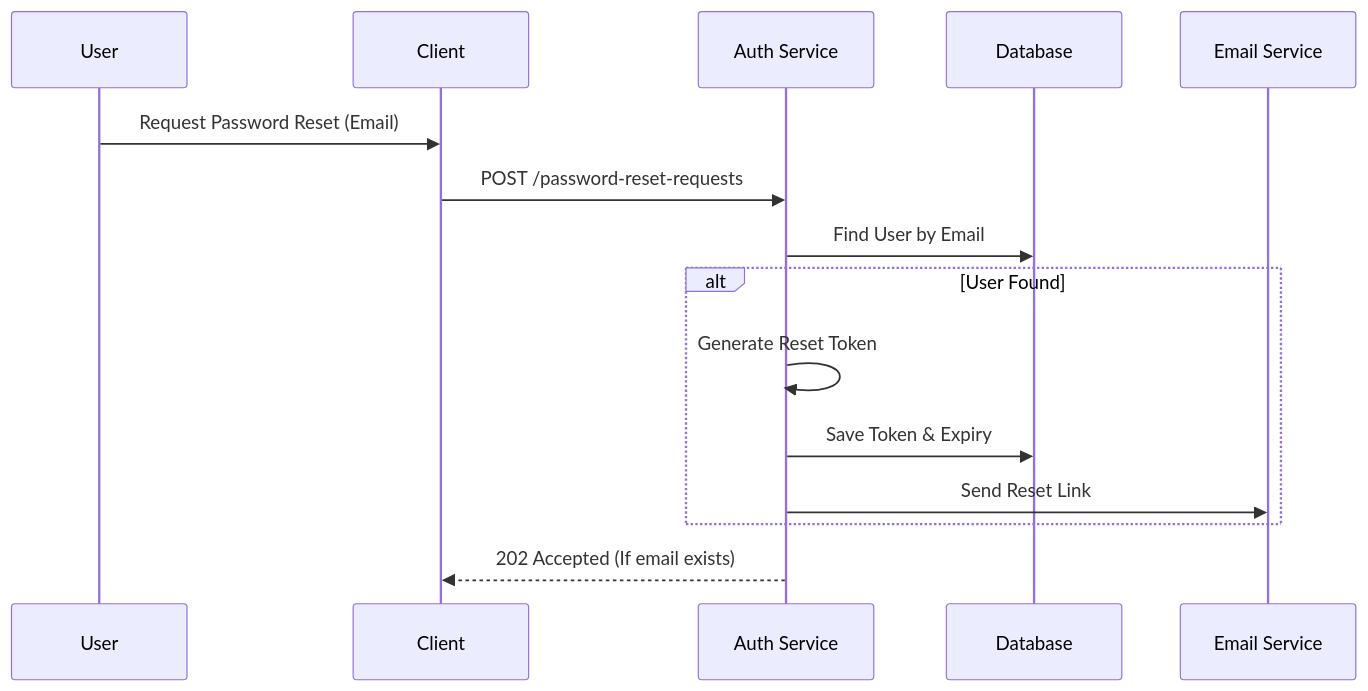
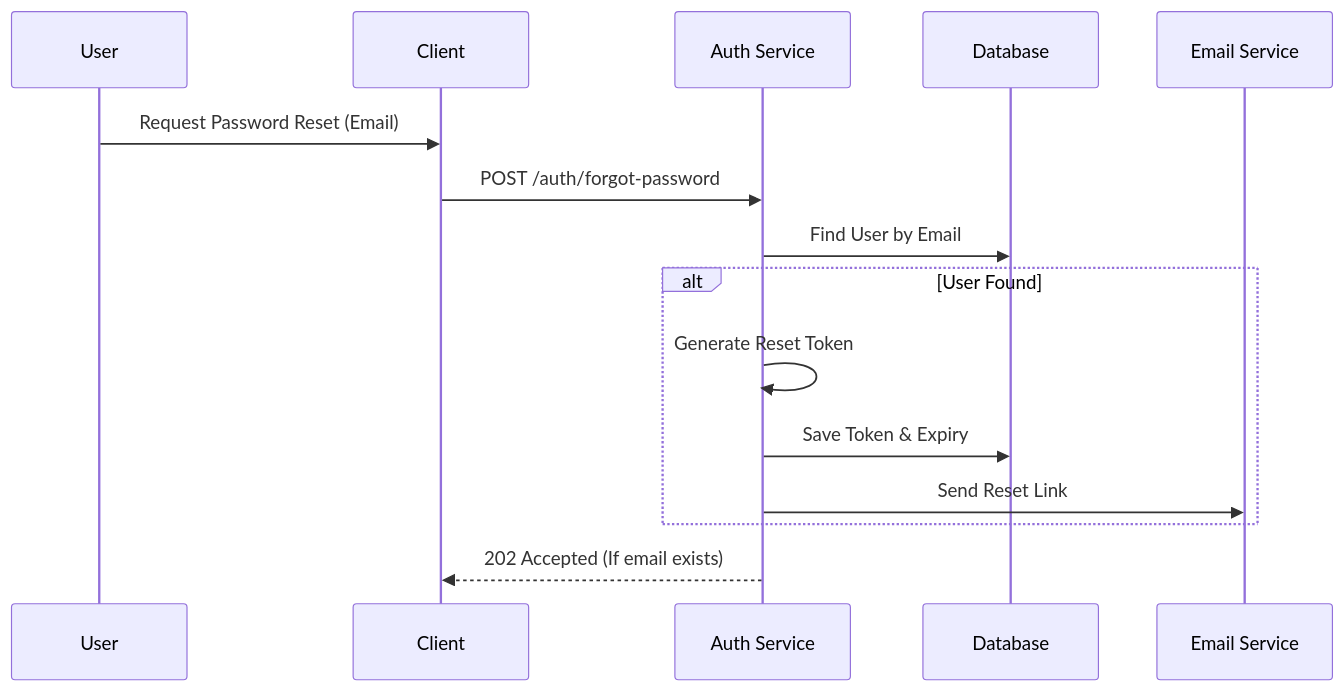
Before and after one commit to vheins/vibe-coding-template: the third of 3 diagrams in .agent/modules/iam-security/authentication.md, drawn with Mermaid. The commit also changed 2 other files, not shown here.

Commit message:
docs: unify auth endpoints and finalize testing docs
- Rename password reset endpoints to `/auth/forgot-password` and `/auth/reset-password`.
- Update API spec, Module spec, and Testing docs to reflect these changes.
- Ensure all Authentication endpoints are grouped under `/auth/`.
- Finalize testing documentation structure.

````diff
--- a/.agent/modules/iam-security/authentication.md
+++ b/.agent/modules/iam-security/authentication.md
@@ -113,18 +113,18 @@
 ```mermaid
 sequenceDiagram
     participant User
     participant Client
     participant API as Auth Service
     participant DB as Database
     participant Email as Email Service
 
     User->>Client: Request Password Reset (Email)
-    Client->>API: POST /password-reset-requests
+    Client->>API: POST /auth/forgot-password
     API->>DB: Find User by Email
     alt User Found
         API->>API: Generate Reset Token
         API->>DB: Save Token & Expiry
         API->>Email: Send Reset Link
     end
     API-->>Client: 202 Accepted (If email exists)
 ```
````
